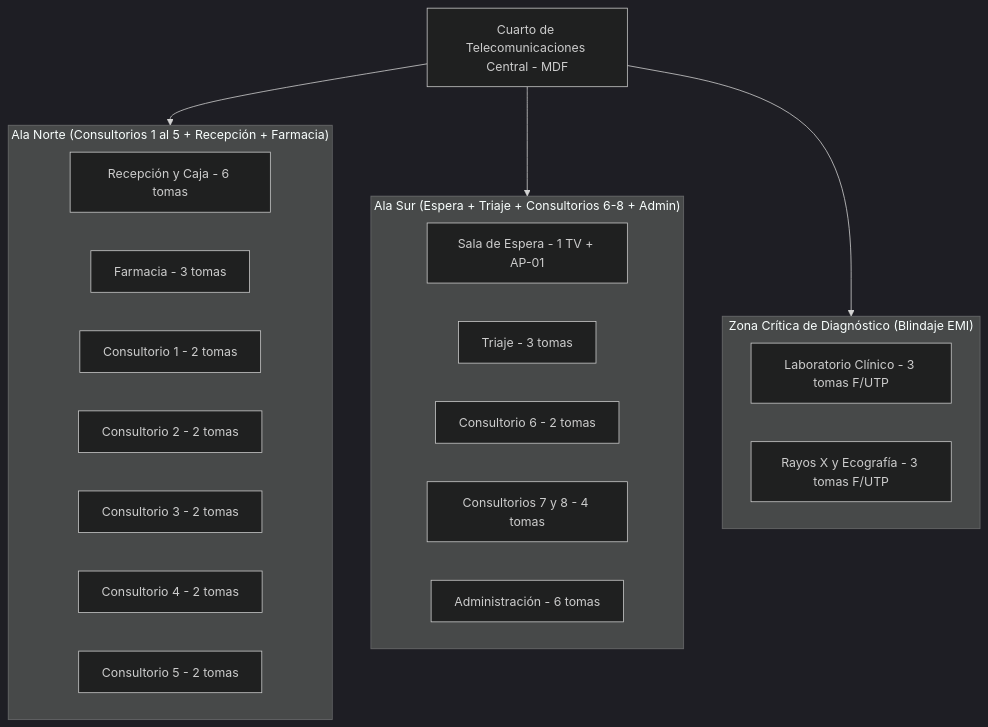
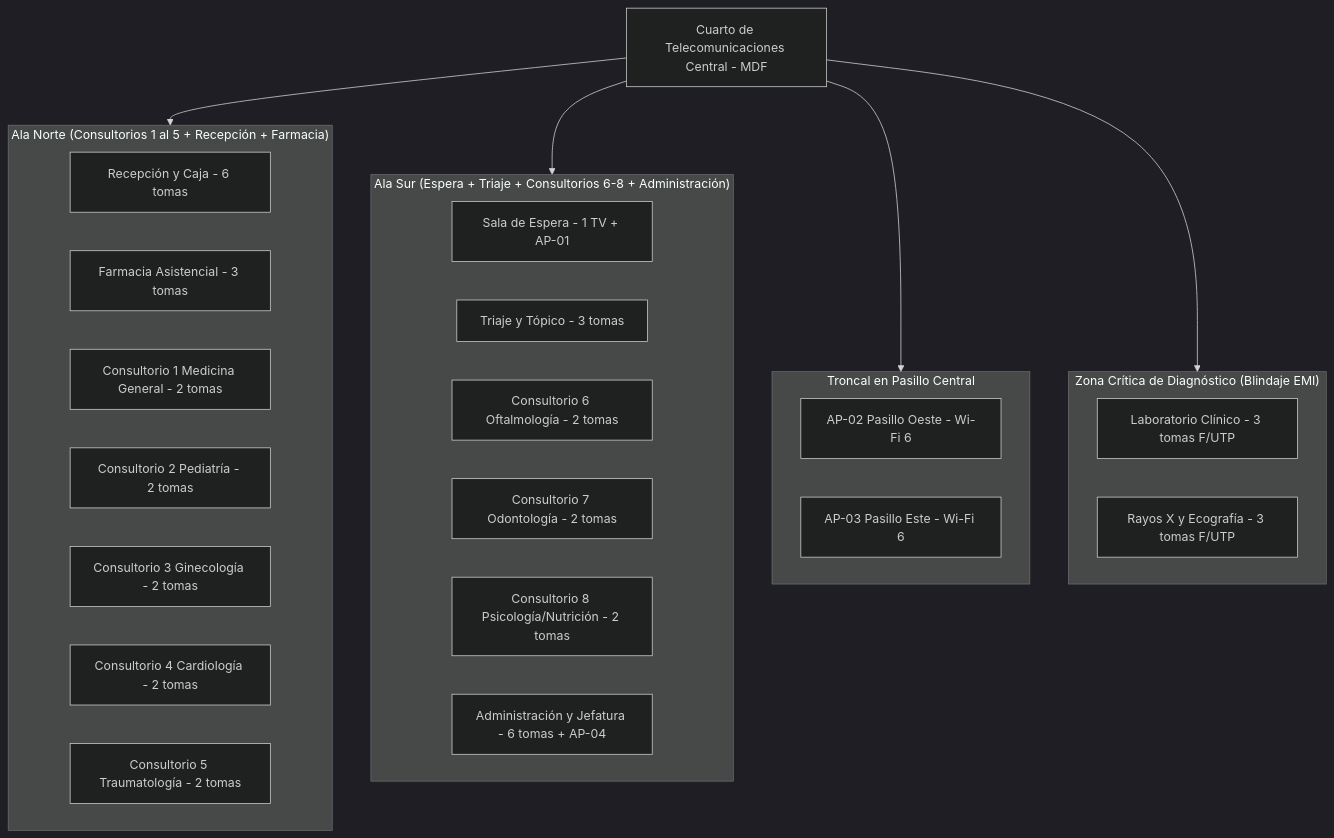
One commit to aron-quito/redes-1 changed the first of 4 diagrams in analisis/etapa2_topologia_modelos_medios_transmision.md. Above: the diagram before and after it, drawn with Mermaid (dark theme). The commit also changed other lines of this file and 7 other files, not shown here.

````diff
--- a/analisis/etapa2_topologia_modelos_medios_transmision.md
+++ b/analisis/etapa2_topologia_modelos_medios_transmision.md
@@ -22,31 +22,38 @@
 ```mermaid
 graph TD
     MDF[Cuarto de Telecomunicaciones Central - MDF]
     
     subgraph Ala_Norte["Ala Norte (Consultorios 1 al 5 + Recepción + Farmacia)"]
         REC[Recepción y Caja - 6 tomas]
-        FAR[Farmacia - 3 tomas]
-        C1[Consultorio 1 - 2 tomas]
-        C2[Consultorio 2 - 2 tomas]
-        C3[Consultorio 3 - 2 tomas]
-        C4[Consultorio 4 - 2 tomas]
-        C5[Consultorio 5 - 2 tomas]
+        FAR[Farmacia Asistencial - 3 tomas]
+        C1[Consultorio 1 Medicina General - 2 tomas]
+        C2[Consultorio 2 Pediatría - 2 tomas]
+        C3[Consultorio 3 Ginecología - 2 tomas]
+        C4[Consultorio 4 Cardiología - 2 tomas]
+        C5[Consultorio 5 Traumatología - 2 tomas]
     end
 
-    subgraph Ala_Sur["Ala Sur (Espera + Triaje + Consultorios 6-8 + Admin)"]
+    subgraph Ala_Sur["Ala Sur (Espera + Triaje + Consultorios 6-8 + Administración)"]
         ESP[Sala de Espera - 1 TV + AP-01]
-        TRI[Triaje - 3 tomas]
-        C6[Consultorio 6 - 2 tomas]
-        C78[Consultorios 7 y 8 - 4 tomas]
-        ADM[Administración - 6 tomas]
+        TRI[Triaje y Tópico - 3 tomas]
+        C6[Consultorio 6 Oftalmología - 2 tomas]
+        C7[Consultorio 7 Odontología - 2 tomas]
+        C8[Consultorio 8 Psicología/Nutrición - 2 tomas]
+        ADM[Administración y Jefatura - 6 tomas + AP-04]
+    end
+
+    subgraph Troncal_Pasillo["Troncal en Pasillo Central"]
+        AP2[AP-02 Pasillo Oeste - Wi-Fi 6]
+        AP3[AP-03 Pasillo Este - Wi-Fi 6]
     end
 
     subgraph Zona_Critica["Zona Crítica de Diagnóstico (Blindaje EMI)"]
         LAB[Laboratorio Clínico - 3 tomas F/UTP]
         RX[Rayos X y Ecografía - 3 tomas F/UTP]
     end
 
     MDF --> Ala_Norte
     MDF --> Ala_Sur
+    MDF --> Troncal_Pasillo
     MDF --> Zona_Critica
 ```
````
